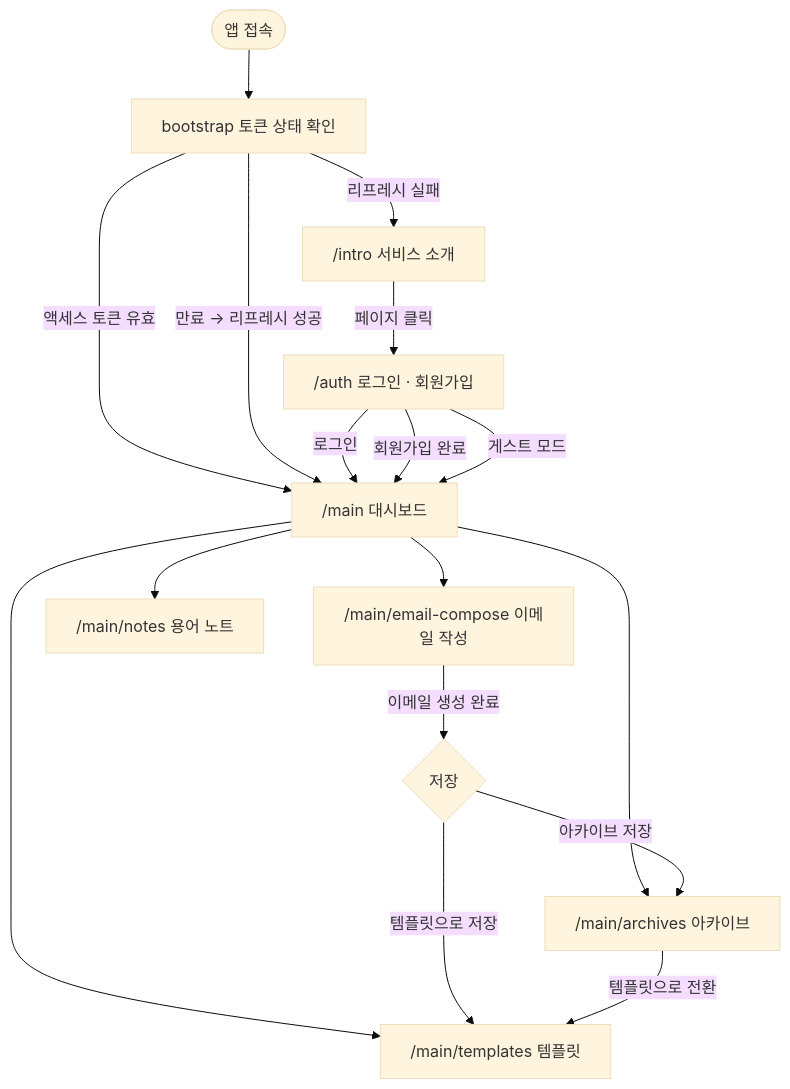
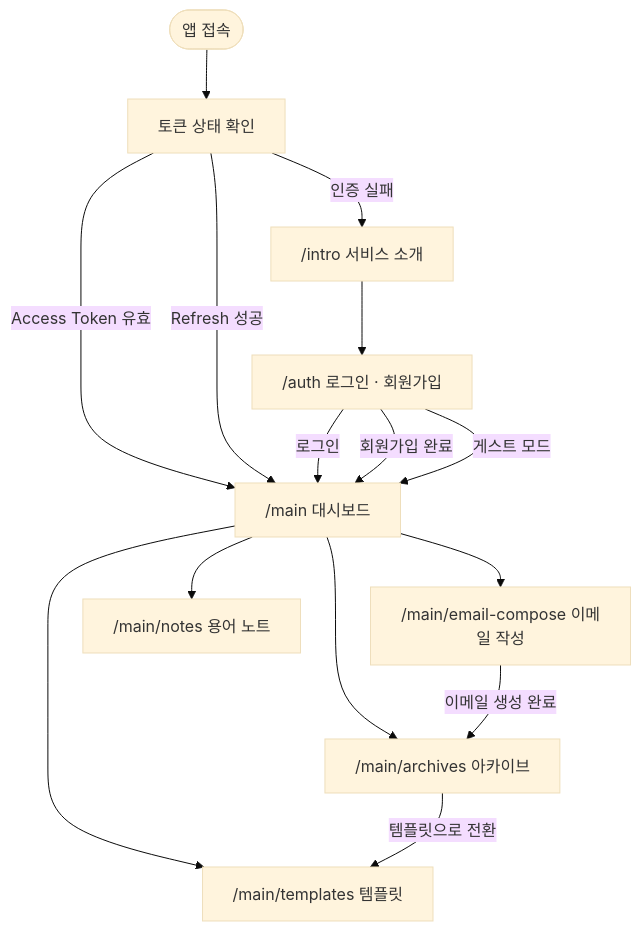
Before and after one commit to kw9212/sayitright-web: the diagram in README.md, drawn with Mermaid (base theme). The commit also changed other lines of this file, not shown here.

````diff
--- a/README.md
+++ b/README.md
@@ -116,27 +88,23 @@
 ```mermaid
 flowchart TD
-    Start([앱 접속]) --> Bootstrap[bootstrap 토큰 상태 확인]
+    Start([앱 접속]) --> Bootstrap[토큰 상태 확인]
 
-    Bootstrap -->|액세스 토큰 유효| Main
-    Bootstrap -->|만료 → 리프레시 성공| Main
-    Bootstrap -->|리프레시 실패| Intro
+    Bootstrap -->|Access Token 유효| Main
+    Bootstrap -->|Refresh 성공| Main
+    Bootstrap -->|인증 실패| Intro
 
-    Intro["/intro 서비스 소개"] -->|페이지 클릭| Auth
-    Auth["/auth 로그인 · 회원가입"]
-
+    Intro["/intro 서비스 소개"] --> Auth["/auth 로그인 · 회원가입"]
     Auth -->|로그인| Main
     Auth -->|회원가입 완료| Main
     Auth -->|게스트 모드| Main
 
     Main["/main 대시보드"]
 
     Main --> EC["/main/email-compose 이메일 작성"]
     Main --> AR["/main/archives 아카이브"]
     Main --> TP["/main/templates 템플릿"]
     Main --> NT["/main/notes 용어 노트"]
 
-    EC -->|이메일 생성 완료| Save{저장}
-    Save -->|아카이브 저장| AR
-    Save -->|템플릿으로 저장| TP
+    EC -->|이메일 생성 완료| AR
     AR -->|템플릿으로 전환| TP
 ```
````
